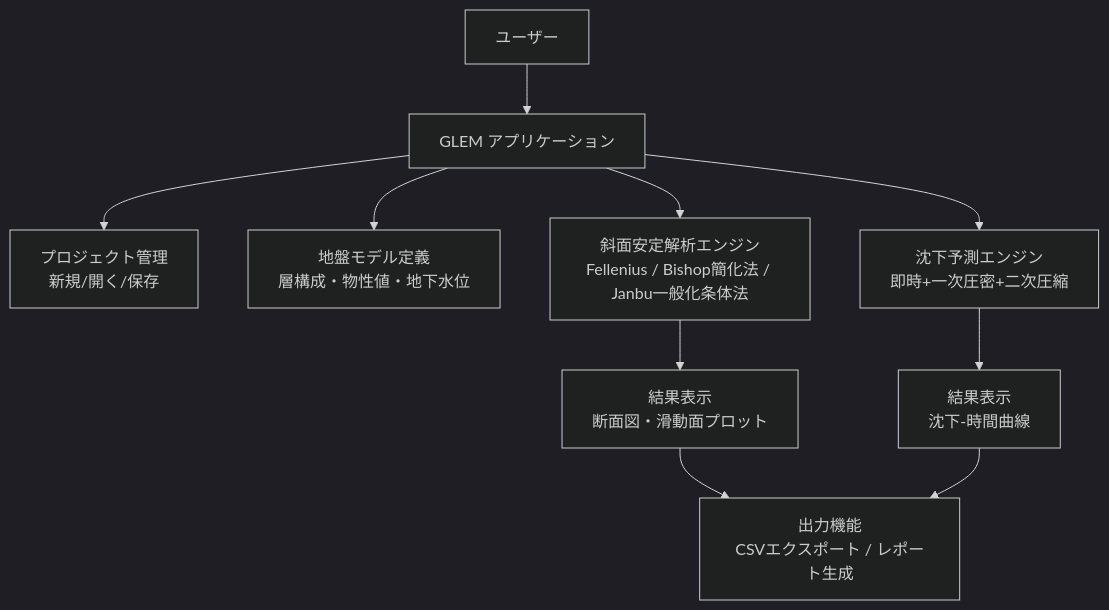
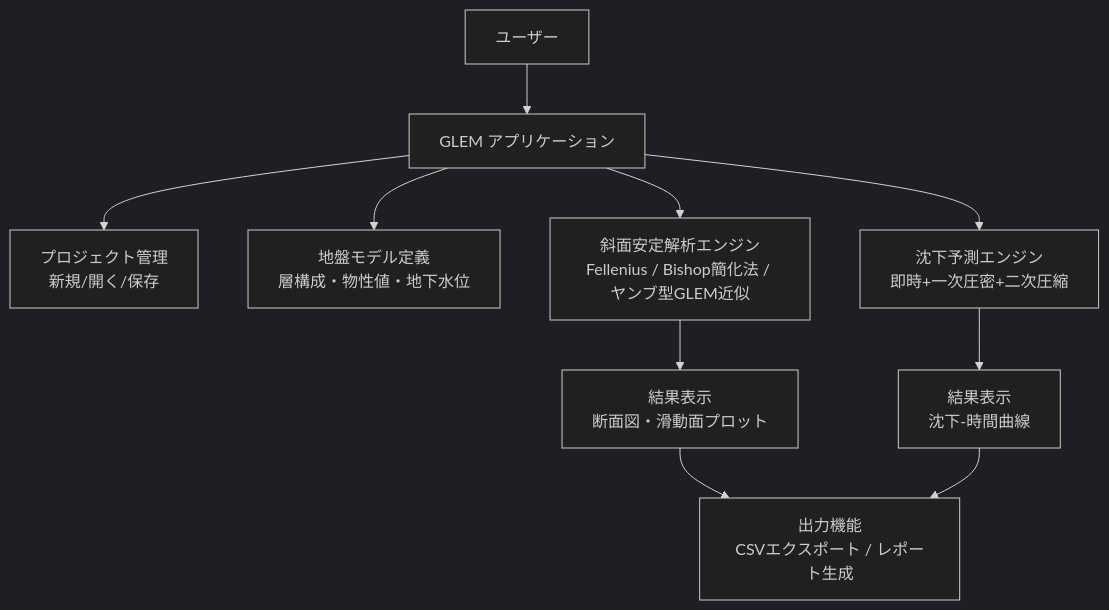
The diagram in docs/GLEM_機能仕様書.md (tak063495-prog/GLEM_2D), drawn with Mermaid (dark theme) before and after one commit. The commit also changed other lines of this file and 42 other files, not shown here.

````diff
--- a/docs/GLEM_機能仕様書.md
+++ b/docs/GLEM_機能仕様書.md
@@ -77,12 +77,12 @@
 ```mermaid
 flowchart TD
     U[ユーザー] --> APP[GLEM アプリケーション]
     APP --> PM[プロジェクト管理<br>新規/開く/保存]
     APP --> GM[地盤モデル定義<br>層構成・物性値・地下水位]
-    APP --> SA[斜面安定解析エンジン<br>Fellenius / Bishop簡化法 / Janbu一般化条体法]
+    APP --> SA[斜面安定解析エンジン<br>Fellenius / Bishop簡化法 / ヤンブ型GLEM近似]
     APP --> ST[沈下予測エンジン<br>即時+一次圧密+二次圧縮]
     SA --> RD[結果表示<br>断面図・滑動面プロット]
     ST --> RD2[結果表示<br>沈下-時間曲線]
     RD --> OUT[出力機能<br>CSVエクスポート / レポート生成]
     RD2 --> OUT
 ```
````
